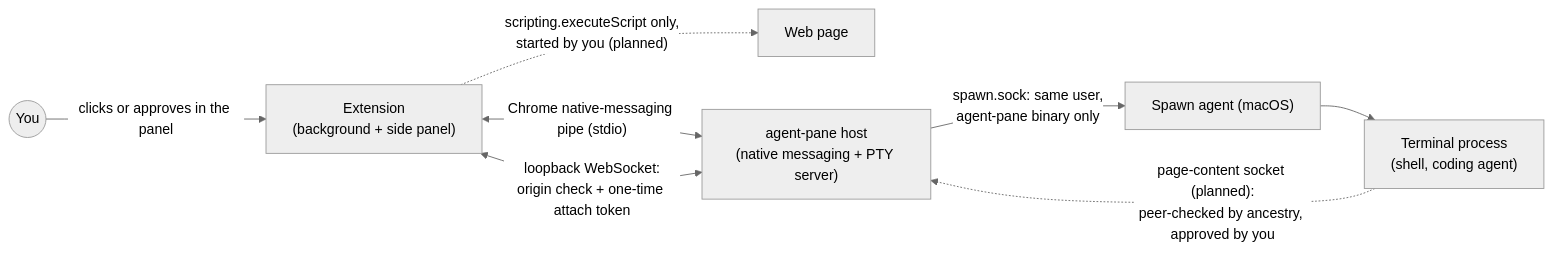
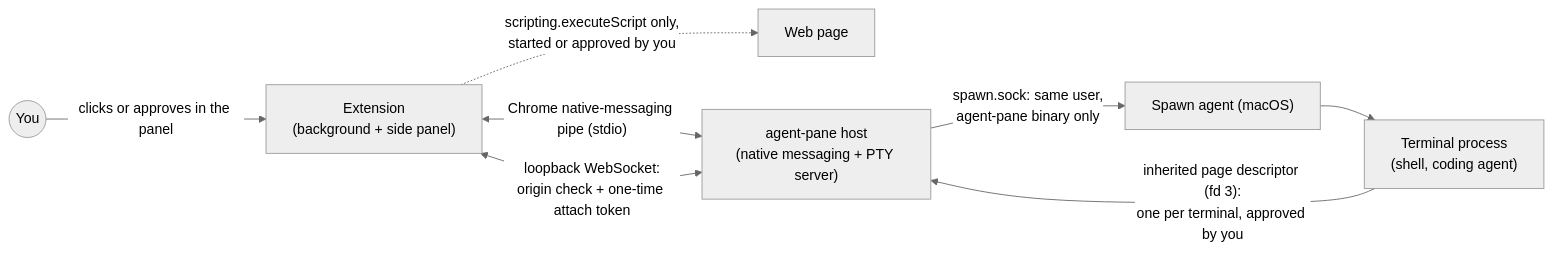
One commit to asakin/agent-pane changed the diagram in README.md. Above: the diagram before and after it, drawn with Mermaid (neutral theme). The commit also changed other lines of this file and 29 other files, not shown here.

````diff
--- a/README.md
+++ b/README.md
@@ -87,17 +108,17 @@
 ```mermaid
 flowchart LR
   user((You))
   page["Web page"]
   ext["Extension<br/>(background + side panel)"]
   host["agent-pane host<br/>(native messaging + PTY server)"]
   spawn["Spawn agent (macOS)"]
   term["Terminal process<br/>(shell, coding agent)"]
 
   user -- "clicks or approves in the panel" --> ext
-  ext -. "scripting.executeScript only,<br/>started by you (planned)" .-> page
+  ext -. "scripting.executeScript only,<br/>started or approved by you" .-> page
   ext <-- "Chrome native-messaging pipe (stdio)" --> host
   ext <-- "loopback WebSocket:<br/>origin check + one-time attach token" --> host
   host -- "spawn.sock: same user,<br/>agent-pane binary only" --> spawn
   spawn --> term
-  term -. "page-content socket (planned):<br/>peer-checked by ancestry, approved by you" .-> host
+  term -- "inherited page descriptor (fd 3):<br/>one per terminal, approved by you" --> host
 ```
````
